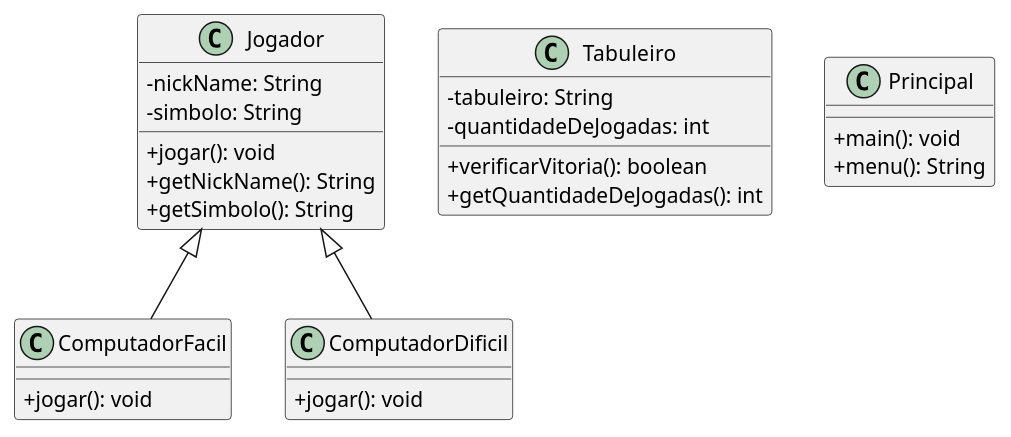
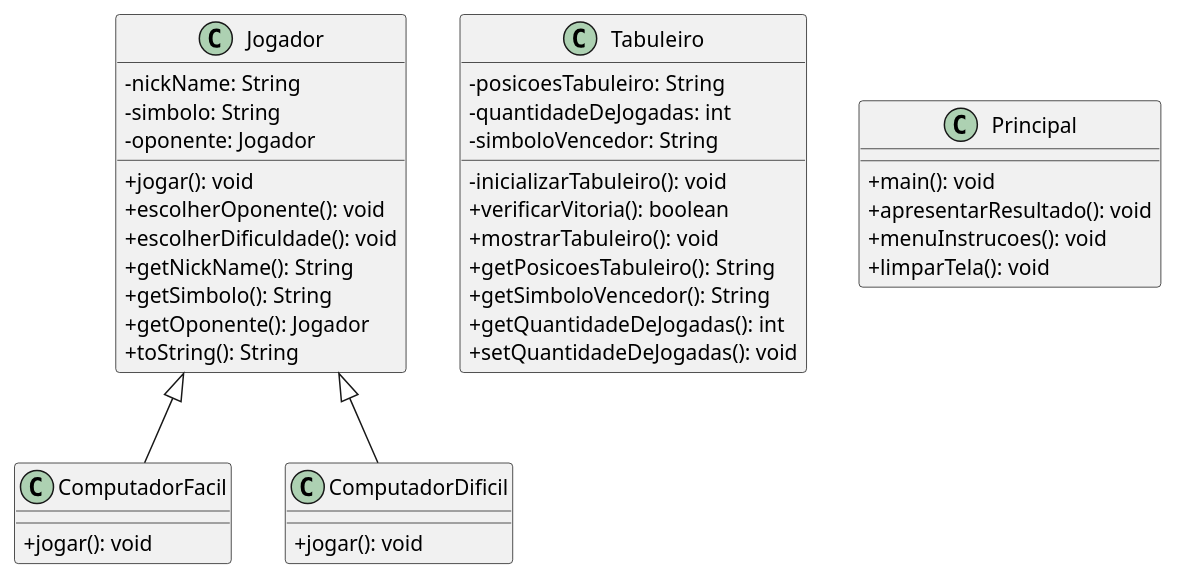
The diagram in assets/DiagramaDeClasses/DiagramaDeClasses.puml (caiofrz/JogoDaVelha), drawn with PlantUML before and after one commit. The commit also changed 1 other file, not shown here.

Commit message:
diagrama de classes final

```diff
--- a/assets/DiagramaDeClasses/DiagramaDeClasses.puml
+++ b/assets/DiagramaDeClasses/DiagramaDeClasses.puml
@@ -1,36 +1,49 @@
 @startuml DiagramaDeClasses
 
 skinparam classAttributeIconSize 0
 
 class Jogador {
     -nickName: String
     -simbolo: String
+    -oponente: Jogador
     +jogar(): void
+    +escolherOponente(): void
+    +escolherDificuldade(): void
     +getNickName(): String
     +getSimbolo(): String
+    +getOponente(): Jogador
+    +toString(): String
 }
 
 class ComputadorFacil {
     +jogar(): void
 }
 
 class ComputadorDificil {
     +jogar(): void
 }
 
 class Tabuleiro {
-    -tabuleiro: String
+    -posicoesTabuleiro: String
     -quantidadeDeJogadas: int
+    -simboloVencedor: String
+    -inicializarTabuleiro(): void
     +verificarVitoria(): boolean
+    +mostrarTabuleiro(): void
+    +getPosicoesTabuleiro(): String
+    +getSimboloVencedor(): String
     +getQuantidadeDeJogadas(): int
+    +setQuantidadeDeJogadas(): void
 }
 
 class Principal{
     +main(): void
-    +menu(): String
+    +apresentarResultado(): void
+    +menuInstrucoes(): void
+    +limparTela(): void
 }
 
 Jogador <|-- ComputadorFacil
 Jogador <|-- ComputadorDificil
 
 @enduml
```
